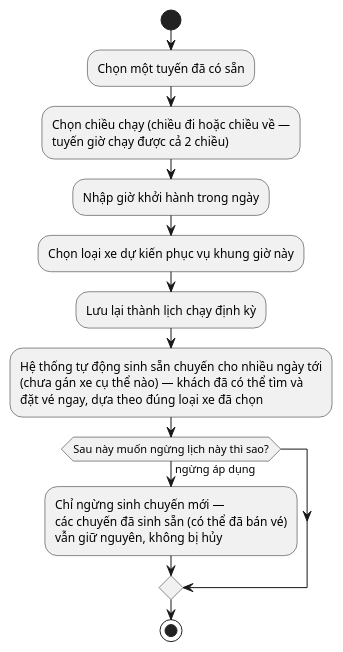
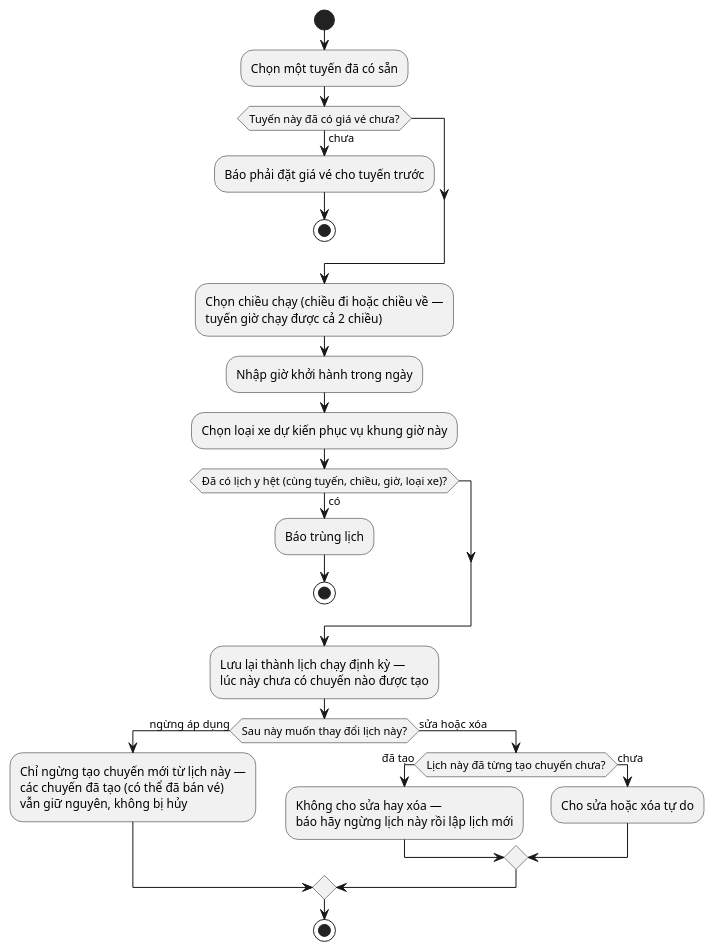
Diagram 24 of 54 in UML_DIAGRAMS.md (nguyenvietanhit19/Project1_HeThongQuanLyNhaXeKhachLienTinh), drawn with PlantUML before and after one commit. The commit also changed other lines of this file and 6 other files, not shown here.

````diff
--- a/UML_DIAGRAMS.md
+++ b/UML_DIAGRAMS.md
@@ -640,15 +646,28 @@
 ```plantuml
 @startuml AD_UC18_LichDinhKy
 start
 :Chọn một tuyến đã có sẵn;
+if (Tuyến này đã có giá vé chưa?) then (chưa)
+  :Báo phải đặt giá vé cho tuyến trước;
+  stop
+endif
 :Chọn chiều chạy (chiều đi hoặc chiều về —\ntuyến giờ chạy được cả 2 chiều);
 :Nhập giờ khởi hành trong ngày;
 :Chọn loại xe dự kiến phục vụ khung giờ này;
-:Lưu lại thành lịch chạy định kỳ;
-:Hệ thống tự động sinh sẵn chuyến cho nhiều ngày tới\n(chưa gán xe cụ thể nào) — khách đã có thể tìm và\nđặt vé ngay, dựa theo đúng loại xe đã chọn;
-if (Sau này muốn ngừng lịch này thì sao?) then (ngừng áp dụng)
-  :Chỉ ngừng sinh chuyến mới —\ncác chuyến đã sinh sẵn (có thể đã bán vé)\nvẫn giữ nguyên, không bị hủy;
+if (Đã có lịch y hệt (cùng tuyến, chiều, giờ, loại xe)?) then (có)
+  :Báo trùng lịch;
+  stop
+endif
+:Lưu lại thành lịch chạy định kỳ —\nlúc này chưa có chuyến nào được tạo;
+if (Sau này muốn thay đổi lịch này?) then (ngừng áp dụng)
+  :Chỉ ngừng tạo chuyến mới từ lịch này —\ncác chuyến đã tạo (có thể đã bán vé)\nvẫn giữ nguyên, không bị hủy;
+else (sửa hoặc xóa)
+  if (Lịch này đã từng tạo chuyến chưa?) then (đã tạo)
+    :Không cho sửa hay xóa —\nbáo hãy ngừng lịch này rồi lập lịch mới;
+  else (chưa)
+    :Cho sửa hoặc xóa tự do;
+  endif
 endif
 stop
 @enduml
 ```
````
